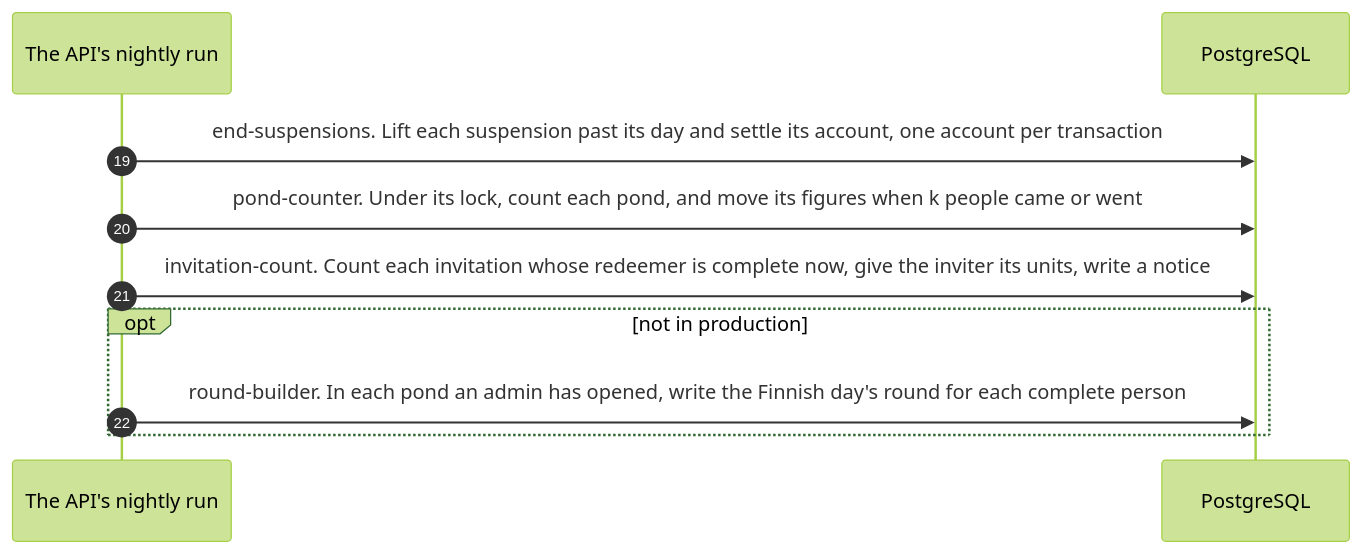
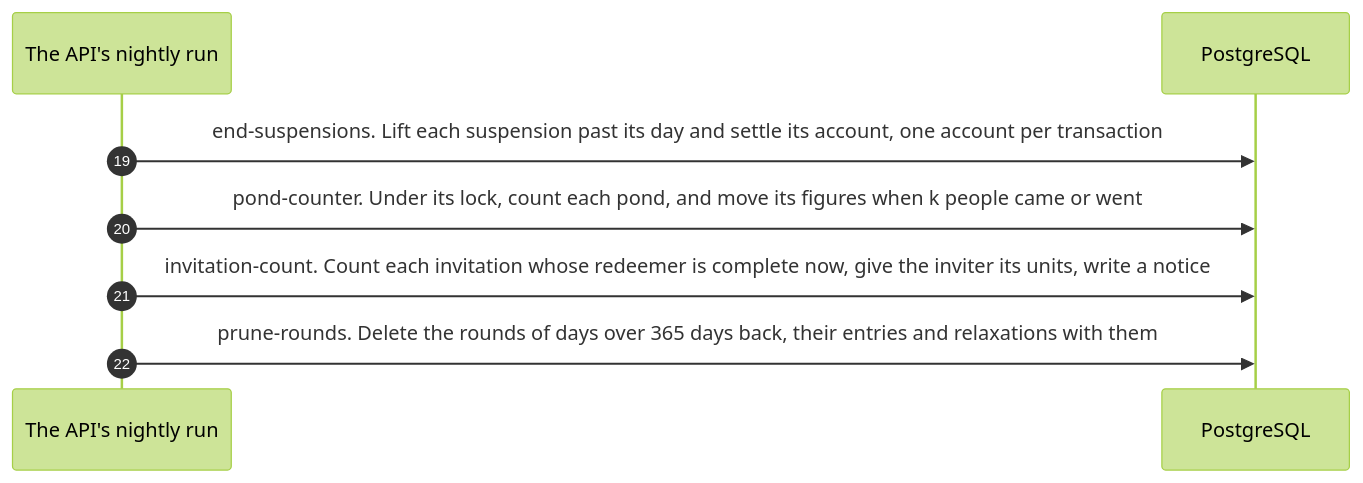
One commit to kuutti-ry/kuutti-app changed the third of 4 diagrams in docs/architecture/sequence-night.md. Above: the diagram before and after it, drawn with Mermaid (forest theme). The commit also changed other lines of this file and 213 other files, not shown here.

````diff
--- a/docs/architecture/sequence-night.md
+++ b/docs/architecture/sequence-night.md
@@ -112,14 +111,12 @@
 ```mermaid
 sequenceDiagram
-  accTitle: The night's jobs, part 3: the pond and the round
-  accDescr: Suspensions past their day end first, so a person let back in is counted the same night. Then the counter's figures, the invitations whose redeemer is complete, and, outside production, the Finnish day's round for each complete person of an open pond.
+  accTitle: The night's jobs, part 3: the pond, and the rounds past their year
+  accDescr: Suspensions past their day end first, so a person let back in is counted the same night. Then the counter's figures, the invitations whose redeemer is complete, and the rounds past the year they are kept, their entries and relaxations with them.
   autonumber 19
   participant api as The API's nightly run
   participant db as PostgreSQL
   api->>db: end-suspensions. Lift each suspension past its day and settle its account, one account per transaction
   api->>db: pond-counter. Under its lock, count each pond, and move its figures when k people came or went
   api->>db: invitation-count. Count each invitation whose redeemer is complete now, give the inviter its units, write a notice
-  opt not in production
-    api->>db: round-builder. In each pond an admin has opened, write the Finnish day's round for each complete person
-  end
+  api->>db: prune-rounds. Delete the rounds of days over 365 days back, their entries and relaxations with them
 ```
````
